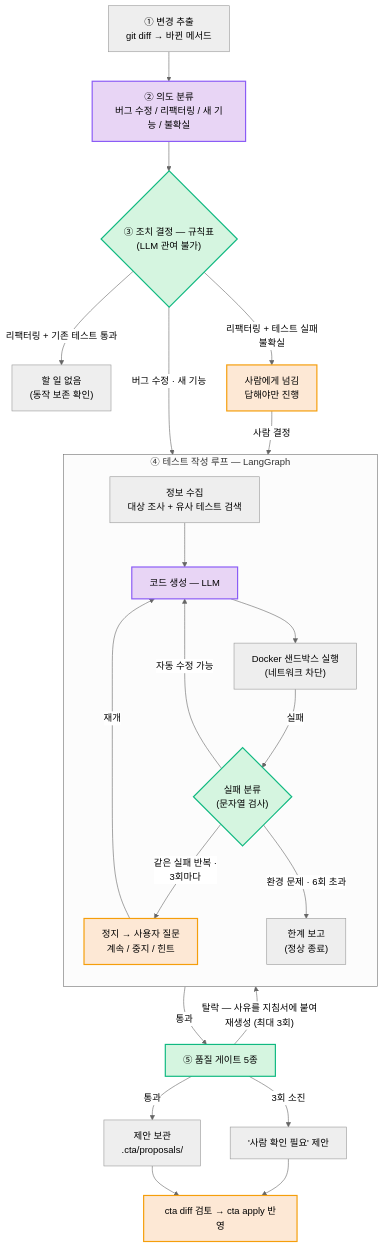
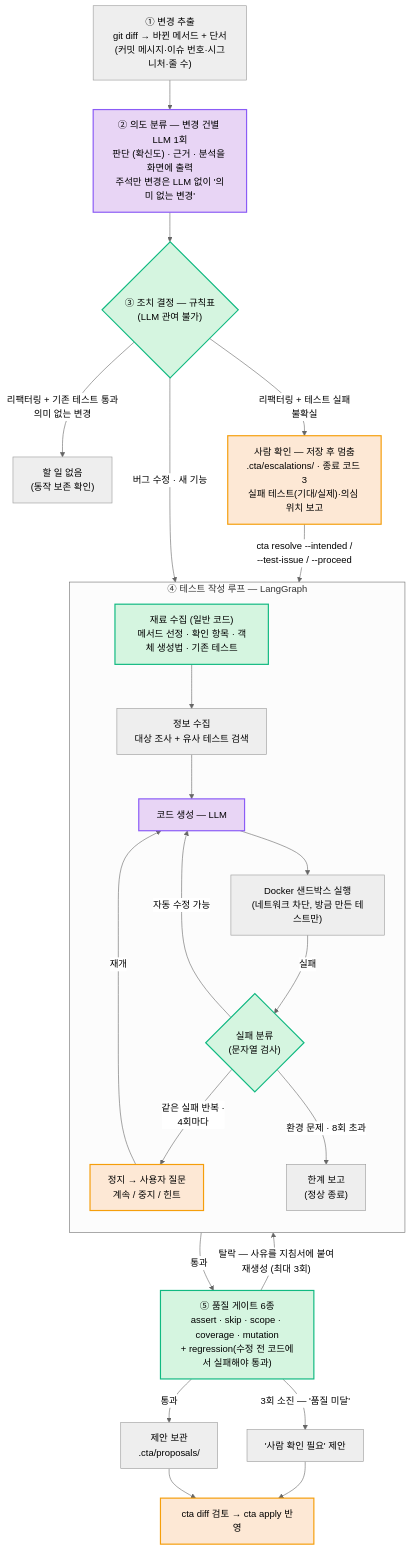
One commit to parksanghyeop/skax-master-project changed the diagram in docs/제출자료/diagrams/workflow.mmd. Above: the diagram before and after it, drawn with Mermaid (neutral theme). The commit also changed 3 other files, not shown here.

First line of the commit message:
산출물 다이어그램 갱신 — 건별 의도 출력·저장 후 재개(resolve)·게이트 6종·재료 수집 반영

```diff
--- a/docs/제출자료/diagrams/workflow.mmd
+++ b/docs/제출자료/diagrams/workflow.mmd
@@ -1,32 +1,33 @@
 flowchart TD
-    A["① 변경 추출<br/>git diff → 바뀐 메서드"] --> B["② 의도 분류<br/>버그 수정 / 리팩터링 / 새 기능 / 불확실"]
+    A["① 변경 추출<br/>git diff → 바뀐 메서드 + 단서<br/>(커밋 메시지·이슈 번호·시그니처·줄 수)"] --> B["② 의도 분류 — 변경 건별 LLM 1회<br/>판단 (확신도) · 근거 · 분석을 화면에 출력<br/>주석만 변경은 LLM 없이 '의미 없는 변경'"]
     B --> C{"③ 조치 결정 — 규칙표<br/>(LLM 관여 불가)"}
     C -->|"버그 수정 · 새 기능"| W
-    C -->|"리팩터링 + 기존 테스트 통과"| OK["할 일 없음<br/>(동작 보존 확인)"]
-    C -->|"리팩터링 + 테스트 실패<br/>불확실"| HU["사람에게 넘김<br/>답해야만 진행"]
-    HU -->|"사람 결정"| W
+    C -->|"리팩터링 + 기존 테스트 통과<br/>의미 없는 변경"| OK["할 일 없음<br/>(동작 보존 확인)"]
+    C -->|"리팩터링 + 테스트 실패<br/>불확실"| HU["사람 확인 — 저장 후 멈춤<br/>.cta/escalations/ · 종료 코드 3<br/>실패 테스트(기대/실제)·의심 위치 보고"]
+    HU -->|"cta resolve --intended /<br/>--test-issue / --proceed"| W
 
     subgraph W["④ 테스트 작성 루프 — LangGraph"]
         direction TB
-        W1["정보 수집<br/>대상 조사 + 유사 테스트 검색"] --> W2["코드 생성 — LLM"]
-        W2 --> W3["Docker 샌드박스 실행<br/>(네트워크 차단)"]
+        W0["재료 수집 (일반 코드)<br/>메서드 선정 · 확인 항목 · 객체 생성법 · 기존 테스트"] --> W1["정보 수집<br/>대상 조사 + 유사 테스트 검색"]
+        W1 --> W2["코드 생성 — LLM"]
+        W2 --> W3["Docker 샌드박스 실행<br/>(네트워크 차단, 방금 만든 테스트만)"]
         W3 -->|"실패"| W4{"실패 분류<br/>(문자열 검사)"}
         W4 -->|"자동 수정 가능"| W2
-        W4 -->|"같은 실패 반복 ·<br/>3회마다"| W5["정지 → 사용자 질문<br/>계속 / 중지 / 힌트"]
+        W4 -->|"같은 실패 반복 ·<br/>4회마다"| W5["정지 → 사용자 질문<br/>계속 / 중지 / 힌트"]
         W5 -->|"재개"| W2
-        W4 -->|"환경 문제 · 6회 초과"| W6["한계 보고<br/>(정상 종료)"]
+        W4 -->|"환경 문제 · 8회 초과"| W6["한계 보고<br/>(정상 종료)"]
     end
 
-    W3 -->|"통과"| G["⑤ 품질 게이트 5종"]
+    W3 -->|"통과"| G["⑤ 품질 게이트 6종<br/>assert · skip · scope · coverage · mutation<br/>+ regression(수정 전 코드에서 실패해야 통과)"]
     G -->|"탈락 — 사유를 지침서에 붙여<br/>재생성 (최대 3회)"| W2
     G -->|"통과"| P["제안 보관<br/>.cta/proposals/"]
-    G -->|"3회 소진"| P2["'사람 확인 필요' 제안"]
+    G -->|"3회 소진 — '품질 미달'"| P2["'사람 확인 필요' 제안"]
     P --> R["cta diff 검토 → cta apply 반영"]
     P2 --> R
 
     classDef llm fill:#e8d5f5,stroke:#8b5cf6,stroke-width:2px
     classDef human fill:#fde8d5,stroke:#f59e0b,stroke-width:2px
     classDef safe fill:#d5f5e0,stroke:#10b981,stroke-width:2px
     class B,W2 llm
     class HU,W5,R human
-    class C,G,W4 safe
+    class C,G,W4,W0 safe
```
